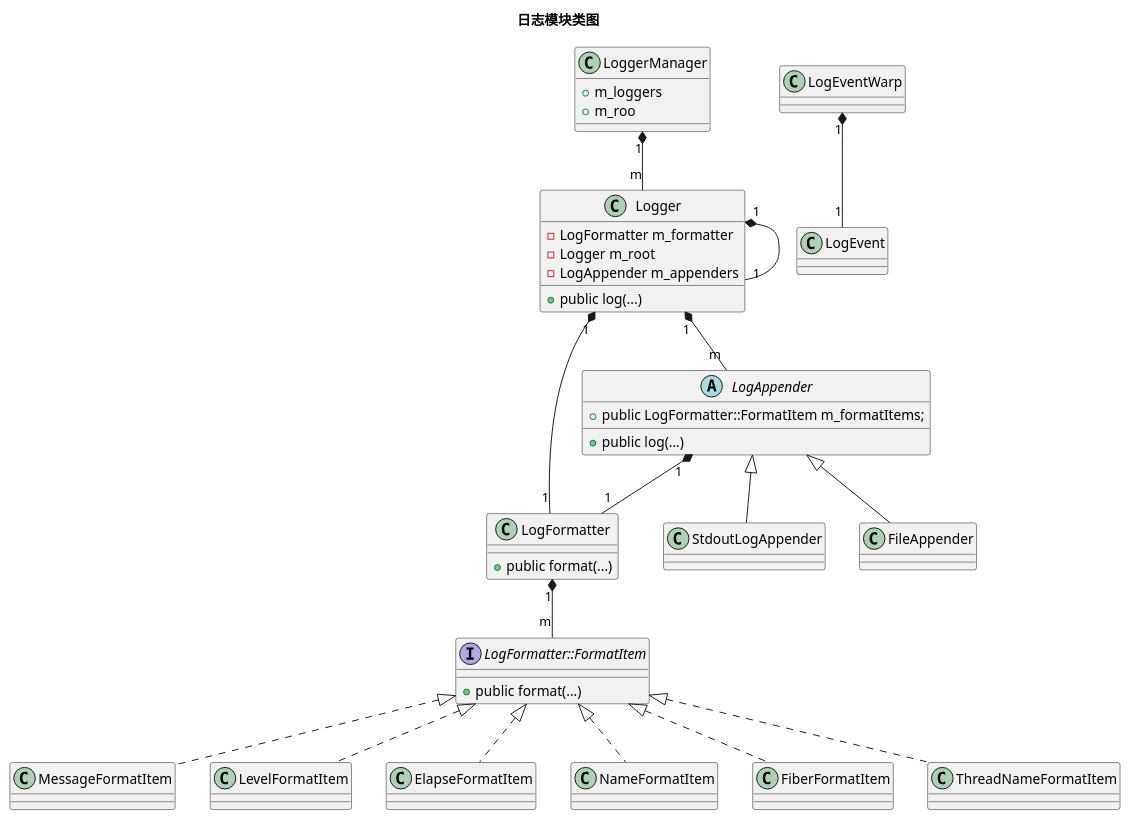
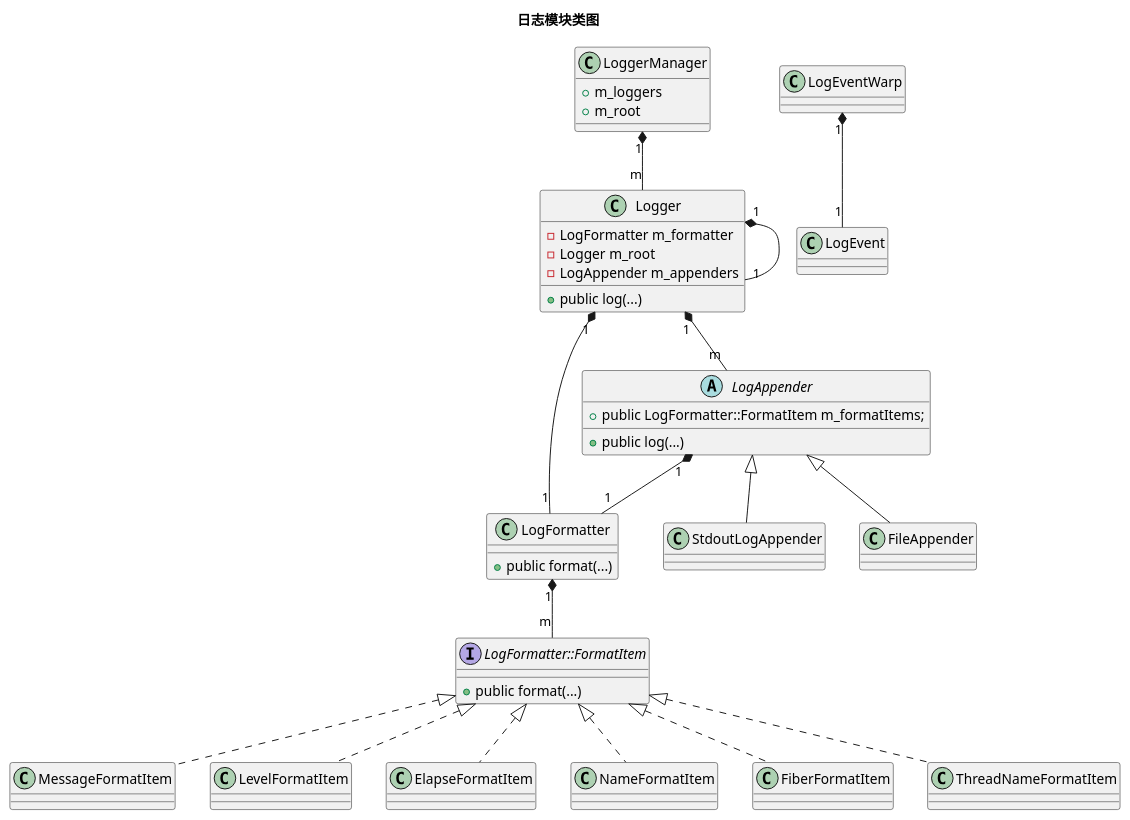
One commit to Kinvy66/KServer changed the diagram in doc/log.puml. Above: the diagram before and after it, drawn with PlantUML. The commit also changed 7 other files, not shown here.

```diff
--- a/doc/log.puml
+++ b/doc/log.puml
@@ -1,49 +1,49 @@
 @startuml
 
 title 日志模块类图
 
 class LoggerManager {
 +m_loggers
-+m_roo
++m_root
 }
 class Logger {
     -LogFormatter m_formatter
     -Logger m_root
     -LogAppender m_appenders
 
     +public log(...)
 }
 class LogEventWarp
 class LogEvent
 class LogFormatter {
     +public format(...)
 }
 abstract LogAppender {
     +public LogFormatter::FormatItem m_formatItems;
     +public log(...)
 }
 class StdoutLogAppender
 class FileAppender
 interface LogFormatter::FormatItem {
     +public format(...)
 }
 class MessageFormatItem implements LogFormatter::FormatItem
 class LevelFormatItem implements LogFormatter::FormatItem
 class ElapseFormatItem implements LogFormatter::FormatItem
 class NameFormatItem implements LogFormatter::FormatItem
 class FiberFormatItem implements LogFormatter::FormatItem
 class ThreadNameFormatItem implements LogFormatter::FormatItem
 
 
 LoggerManager "1" *-- "m" Logger
 Logger "1" *-- "1" Logger
 Logger "1" *-- "1" LogFormatter
 Logger "1" *-- "m" LogAppender
 LogAppender  "1" *-- "1" LogFormatter
 LogAppender  <|-- StdoutLogAppender
 LogAppender  <|-- FileAppender
 LogFormatter "1" *-- "m" LogFormatter::FormatItem
 LogEventWarp "1" *-- "1" LogEvent
 
 
 @enduml
```
